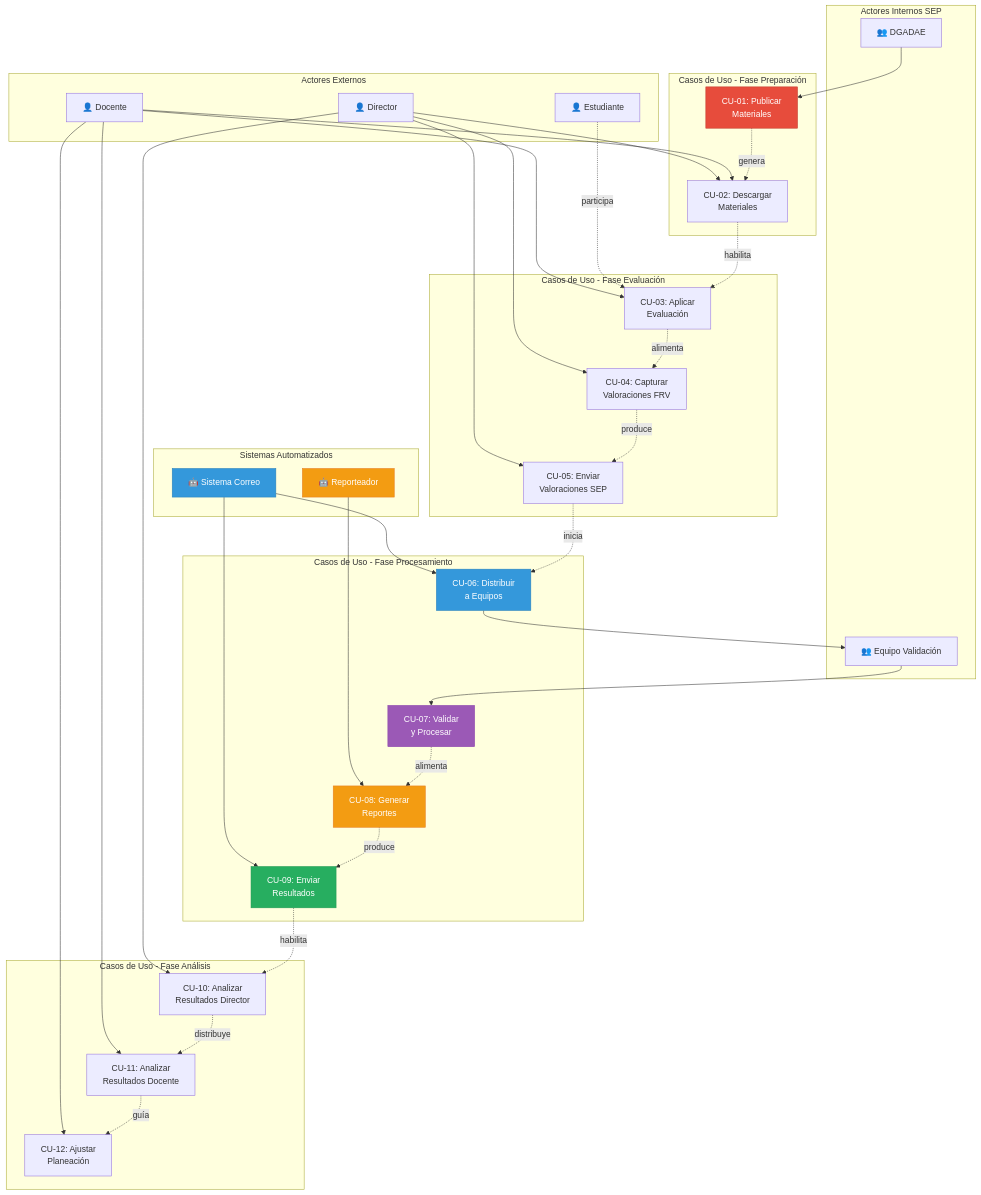
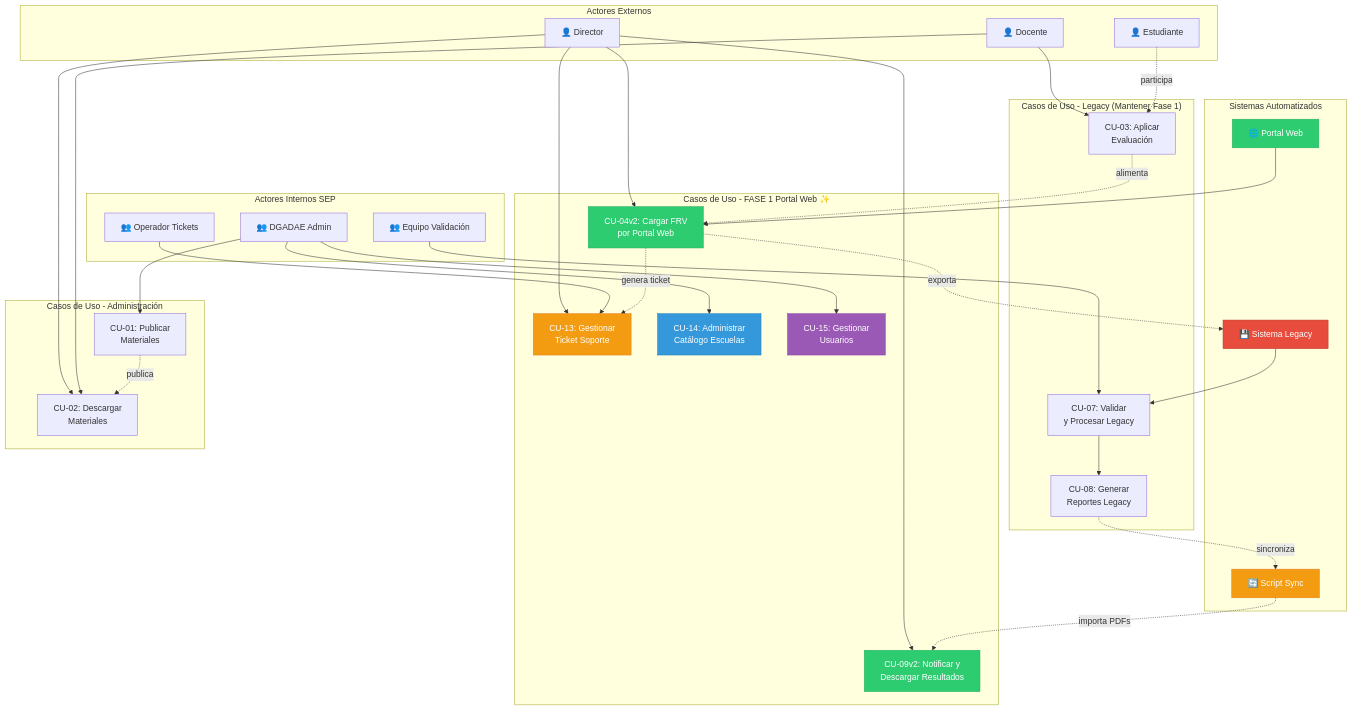
Before and after one commit to dleonsystem/sep_evaluacion_diagnostica: the first of 4 diagrams in REQUERIMIENTOS_Y_CASOS_DE_USO.md, drawn with Mermaid. The commit also changed other lines of this file and 6 other files, not shown here.

````diff
--- a/REQUERIMIENTOS_Y_CASOS_DE_USO.md
+++ b/REQUERIMIENTOS_Y_CASOS_DE_USO.md
@@ -170,82 +286,76 @@
 ```mermaid
 graph TB
     subgraph "Actores Externos"
         DIR[👤 Director]
         DOC[👤 Docente]
         EST[👤 Estudiante]
     end
     
     subgraph "Actores Internos SEP"
-        DGADAE[👥 DGADAE]
+        DGADAE[👥 DGADAE Admin]
+        OPE[👥 Operador Tickets]
         VAL[👥 Equipo Validación]
     end
     
     subgraph "Sistemas Automatizados"
-        CORREO[🤖 Sistema Correo]
-        REP[🤖 Reporteador]
+        PORTAL[🌐 Portal Web]
+        LEGACY[💾 Sistema Legacy]
+        SYNC[🔄 Script Sync]
     end
     
-    subgraph "Casos de Uso - Fase Preparación"
+    subgraph "Casos de Uso - FASE 1 Portal Web ✨"
+        CU04v2[CU-04v2: Cargar FRV<br/>por Portal Web]
+        CU13[CU-13: Gestionar<br/>Ticket Soporte]
+        CU14[CU-14: Administrar<br/>Catálogo Escuelas]
+        CU15[CU-15: Gestionar<br/>Usuarios]
+        CU09v2[CU-09v2: Notificar y<br/>Descargar Resultados]
+    end
+    
+    subgraph "Casos de Uso - Legacy (Mantener Fase 1)"
+        CU03[CU-03: Aplicar<br/>Evaluación]
+        CU07[CU-07: Validar<br/>y Procesar Legacy]
+        CU08[CU-08: Generar<br/>Reportes Legacy]
+    end
+    
+    subgraph "Casos de Uso - Administración"
         CU01[CU-01: Publicar<br/>Materiales]
         CU02[CU-02: Descargar<br/>Materiales]
     end
     
-    subgraph "Casos de Uso - Fase Evaluación"
-        CU03[CU-03: Aplicar<br/>Evaluación]
-        CU04[CU-04: Capturar<br/>Valoraciones FRV]
-        CU05[CU-05: Enviar<br/>Valoraciones SEP]
-    end
+    DIR --> CU04v2
+    DIR --> CU13
+    DIR --> CU09v2
     
-    subgraph "Casos de Uso - Fase Procesamiento"
-        CU06[CU-06: Distribuir<br/>a Equipos]
-        CU07[CU-07: Validar<br/>y Procesar]
-        CU08[CU-08: Generar<br/>Reportes]
-        CU09[CU-09: Enviar<br/>Resultados]
-    end
+    OPE --> CU13
+    DGADAE --> CU14
+    DGADAE --> CU15
+    DGADAE --> CU01
     
-    subgraph "Casos de Uso - Fase Análisis"
-        CU10[CU-10: Analizar<br/>Resultados Director]
-        CU11[CU-11: Analizar<br/>Resultados Docente]
-        CU12[CU-12: Ajustar<br/>Planeación]
-    end
-    
-    DGADAE --> CU01
     DIR --> CU02
     DOC --> CU02
-    
     DOC --> CU03
     EST -.participa.-> CU03
     
-    DIR --> CU04
-    DIR --> CU05
+    PORTAL --> CU04v2
+    CU04v2 -.genera ticket.-> CU13
+    CU04v2 -.exporta.-> LEGACY
     
-    CORREO --> CU06
-    CU06 --> VAL
+    LEGACY --> CU07
     VAL --> CU07
+    CU07 --> CU08
     
-    REP --> CU08
-    CORREO --> CU09
+    CU08 -.sincroniza.-> SYNC
+    SYNC -.importa PDFs.-> CU09v2
     
-    DIR --> CU10
-    DOC --> CU11
-    DOC --> CU12
+    CU01 -.publica.-> CU02
+    CU03 -.alimenta.-> CU04v2
     
-    CU01 -.genera.-> CU02
-    CU02 -.habilita.-> CU03
-    CU03 -.alimenta.-> CU04
-    CU04 -.produce.-> CU05
-    CU05 -.inicia.-> CU06
-    CU07 -.alimenta.-> CU08
-    CU08 -.produce.-> CU09
-    CU09 -.habilita.-> CU10
-    CU10 -.distribuye.-> CU11
-    CU11 -.guía.-> CU12
-    
-    style CU01 fill:#e74c3c,stroke:#c0392b,color:#fff
-    style CU06 fill:#3498db,stroke:#2980b9,color:#fff
-    style CU07 fill:#9b59b6,stroke:#8e44ad,color:#fff
-    style CU08 fill:#f39c12,stroke:#e67e22,color:#fff
-    style CU09 fill:#27ae60,stroke:#229954,color:#fff
-    style CORREO fill:#3498db,stroke:#2980b9,color:#fff
-    style REP fill:#f39c12,stroke:#e67e22,color:#fff
+    style CU04v2 fill:#2ecc71,stroke:#27ae60,color:#fff
+    style CU13 fill:#f39c12,stroke:#e67e22,color:#fff
+    style CU14 fill:#3498db,stroke:#2980b9,color:#fff
+    style CU15 fill:#9b59b6,stroke:#8e44ad,color:#fff
+    style CU09v2 fill:#2ecc71,stroke:#27ae60,color:#fff
+    style PORTAL fill:#2ecc71,stroke:#27ae60,color:#fff
+    style LEGACY fill:#e74c3c,stroke:#c0392b,color:#fff
+    style SYNC fill:#f39c12,stroke:#e67e22,color:#fff
 ```
````
